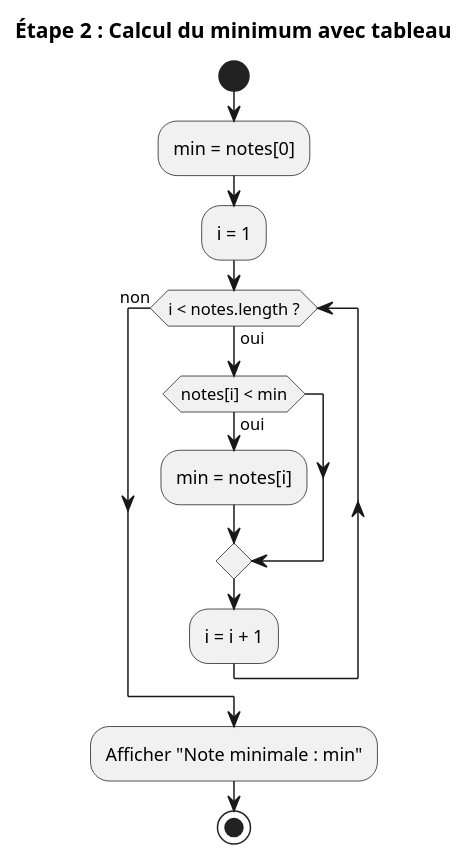
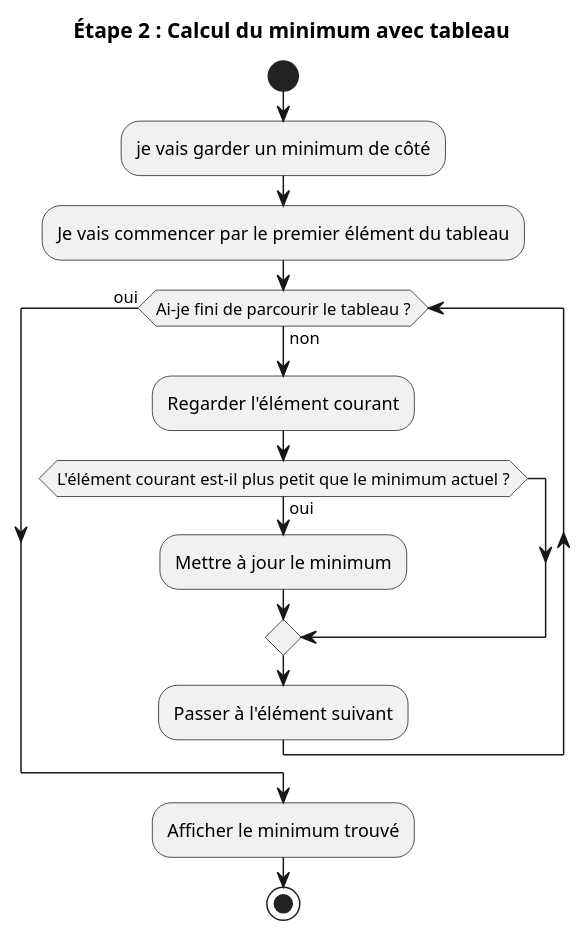
The diagram in 09.01-methodologies-de-resolution-de-problemes/01-supports-de-cours/images/etape-02-activite-minimum.plantuml (HEIG-VD-Prog-Course/HEIG-VD-ProgIM-Course), drawn with PlantUML before and after one commit. The commit also changed 1 other file, not shown here.

Commit message:
Refactor UML diagram and accompanying PlantUML code for minimum calculation to enhance clarity and readability.

```diff
--- a/09.01-methodologies-de-resolution-de-problemes/01-supports-de-cours/images/etape-02-activite-minimum.plantuml
+++ b/09.01-methodologies-de-resolution-de-problemes/01-supports-de-cours/images/etape-02-activite-minimum.plantuml
@@ -1,21 +1,22 @@
 @startuml etape-02-activite-minimum
 
 title Étape 2 : Calcul du minimum avec tableau
 
 start
 
-:min = notes[0];
-:i = 1;
+:je vais garder un minimum de côté;
+:Je vais commencer par le premier élément du tableau;
 
-while (i < notes.length ?) is (oui)
-  if (notes[i] < min) then (oui)
-    :min = notes[i];
-  endif
-  :i = i + 1;
-endwhile (non)
+while (Ai-je fini de parcourir le tableau ?) is (non)
+  :Regarder l'élément courant;
+    if (L'élément courant est-il plus petit que le minimum actuel ?) then (oui)
+        :Mettre à jour le minimum;
+    endif
+  :Passer à l'élément suivant;
+endwhile (oui)
 
-:Afficher "Note minimale : min";
+:Afficher le minimum trouvé;
 
 stop
 
 @enduml
```
